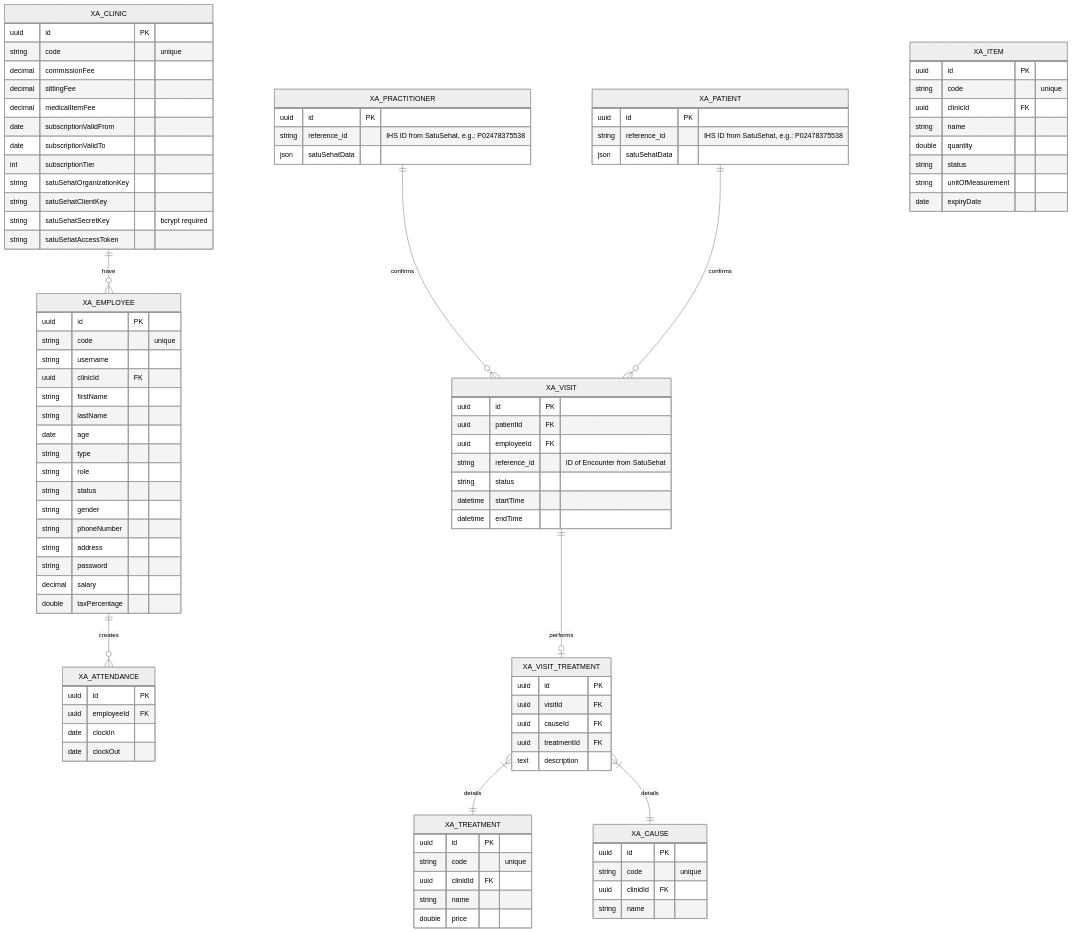
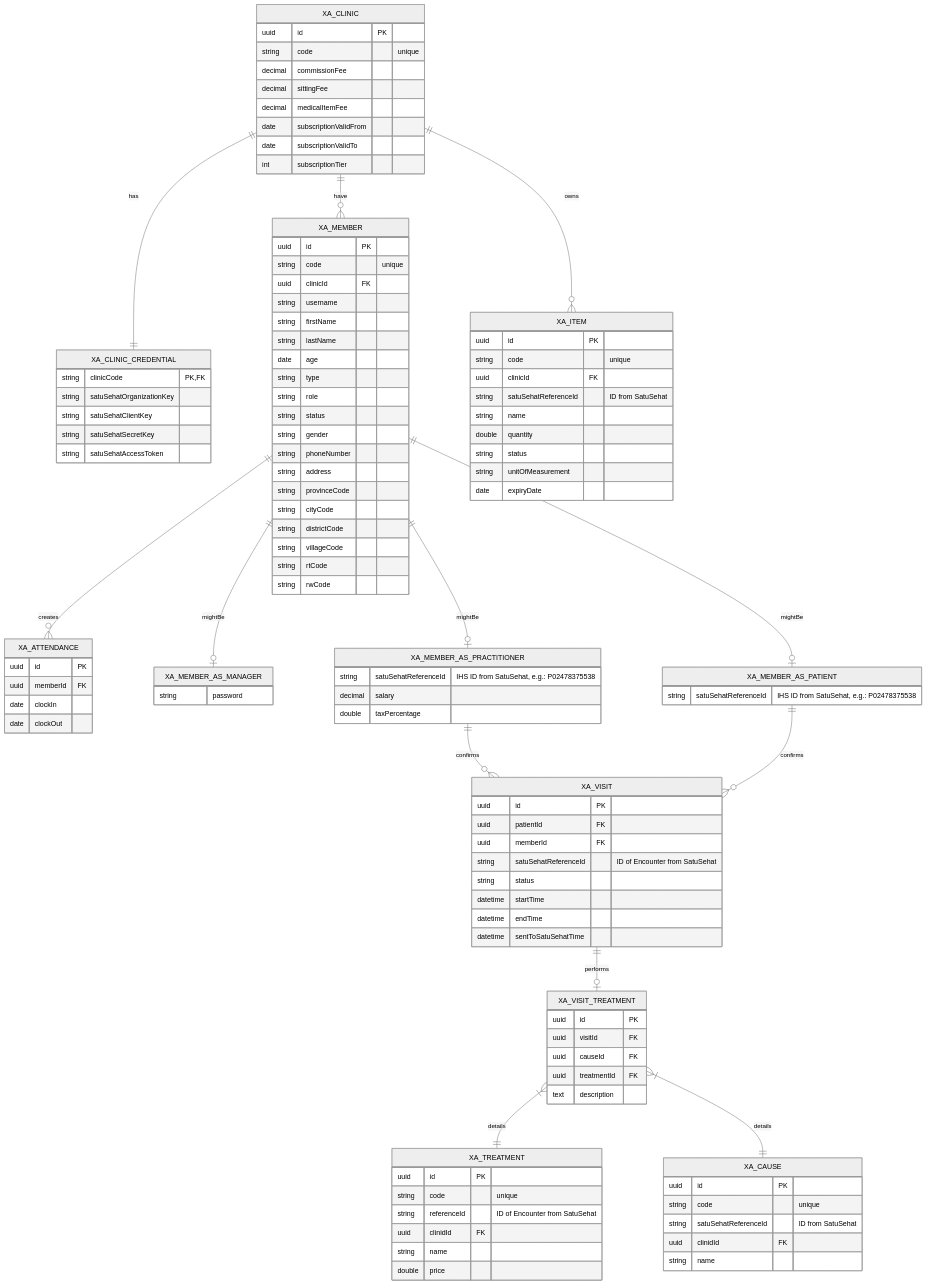
Before and after one commit to acemint/x-admin-backend: the diagram in docs/erd.md, drawn with Mermaid (neutral theme). The commit also changed 55 other files, not shown here.

Commit message:
refactor: revamp employee to member

````diff
--- a/docs/erd.md
+++ b/docs/erd.md
@@ -9,9 +9,15 @@
 ```mermaid
 erDiagram
-    XA_CLINIC ||--o{ XA_EMPLOYEE : have
-    XA_PRACTITIONER ||--o{ XA_VISIT : confirms
-    XA_EMPLOYEE ||--o{ XA_ATTENDANCE : creates
-    XA_PATIENT ||--o{ XA_VISIT : confirms
+    XA_CLINIC ||--|| XA_CLINIC_CREDENTIAL: has
+    XA_CLINIC ||--o{ XA_MEMBER : have
+    XA_MEMBER ||--o{ XA_ATTENDANCE : creates
+    XA_MEMBER ||--o| XA_MEMBER_AS_MANAGER: mightBe
+    XA_MEMBER ||--o| XA_MEMBER_AS_PRACTITIONER: mightBe
+    XA_MEMBER ||--o| XA_MEMBER_AS_PATIENT: mightBe
+    XA_CLINIC ||--o{ XA_ITEM: owns
+    
+    XA_MEMBER_AS_PRACTITIONER ||--o{ XA_VISIT : confirms
+    XA_MEMBER_AS_PATIENT ||--o{ XA_VISIT : confirms
     XA_VISIT ||--o| XA_VISIT_TREATMENT : performs
     XA_VISIT_TREATMENT }|--|| XA_TREATMENT : details
     XA_VISIT_TREATMENT }|--|| XA_CAUSE : details
@@ -25,16 +31,19 @@
         date subscriptionValidFrom
         date subscriptionValidTo
         int subscriptionTier
+    }
+    XA_CLINIC_CREDENTIAL {
+        string clinicCode PK, FK
         string satuSehatOrganizationKey
         string satuSehatClientKey
-        string satuSehatSecretKey "bcrypt required"
+        string satuSehatSecretKey
         string satuSehatAccessToken
     }
-    XA_EMPLOYEE {
+    XA_MEMBER {
         uuid id PK
         string code "unique"
+        uuid clinicId FK
         string username
-        uuid clinicId FK
         string firstName
         string lastName
         date age
@@ -44,38 +53,44 @@
         string gender
         string phoneNumber
         string address
+        string provinceCode
+        string cityCode
+        string districtCode
+        string villageCode
+        string rtCode
+        string rwCode
+    }
+    XA_MEMBER_AS_MANAGER {
         string password
+    }
+    XA_MEMBER_AS_PRACTITIONER {
+        string satuSehatReferenceId "IHS ID from SatuSehat, e.g.: P02478375538"
         decimal salary
         double taxPercentage
     }
-    XA_PRACTITIONER {
+    XA_MEMBER_AS_PATIENT {
+        string satuSehatReferenceId "IHS ID from SatuSehat, e.g.: P02478375538"
+    }
+    XA_ATTENDANCE {
         uuid id PK
-        string reference_id "IHS ID from SatuSehat, e.g.: P02478375538"
-        json satuSehatData
-    }
-    XA_PATIENT {
-        uuid id PK
-        string reference_id "IHS ID from SatuSehat, e.g.: P02478375538"
-        json satuSehatData
+        uuid memberId FK
+        date clockIn
+        date clockOut
     }
     XA_VISIT {
         uuid id PK
         uuid patientId FK
-        uuid employeeId FK
-        string reference_id "ID of Encounter from SatuSehat"
+        uuid memberId FK
+        string satuSehatReferenceId "ID of Encounter from SatuSehat"
         string status
         datetime startTime
         datetime endTime
-    }
-    XA_ATTENDANCE {
-        uuid id PK
-        uuid employeeId FK
-        date clockIn
-        date clockOut
+        datetime sentToSatuSehatTime
     }
     XA_TREATMENT {
         uuid id PK
         string code "unique"
+        string referenceId "ID of Encounter from SatuSehat"
         uuid clinidId FK
         string name 
         double price
@@ -83,6 +98,7 @@
     XA_CAUSE {
         uuid id PK
         string code "unique"
+        string satuSehatReferenceId "ID from SatuSehat"
         uuid clinidId FK
         string name 
     }
@@ -90,6 +106,7 @@
         uuid id PK 
         string code "unique"
         uuid clinicId FK
+        string satuSehatReferenceId "ID from SatuSehat"
         string name
         double quantity
         string status
````
